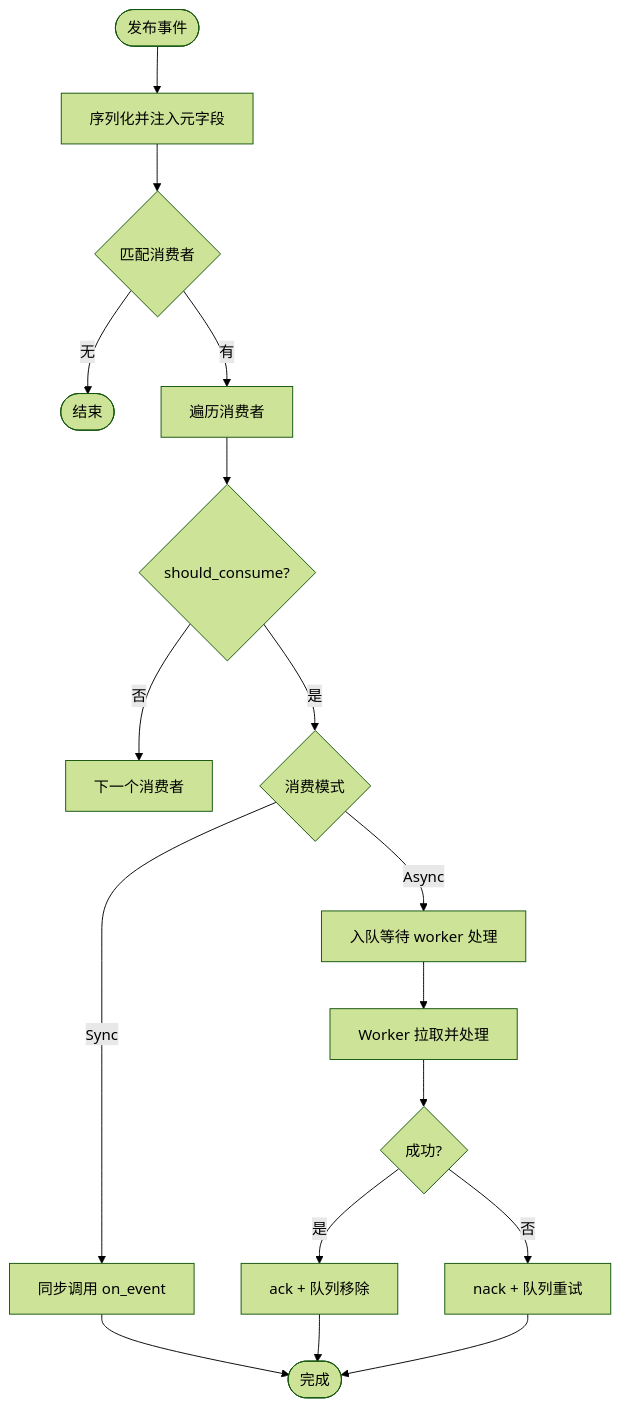
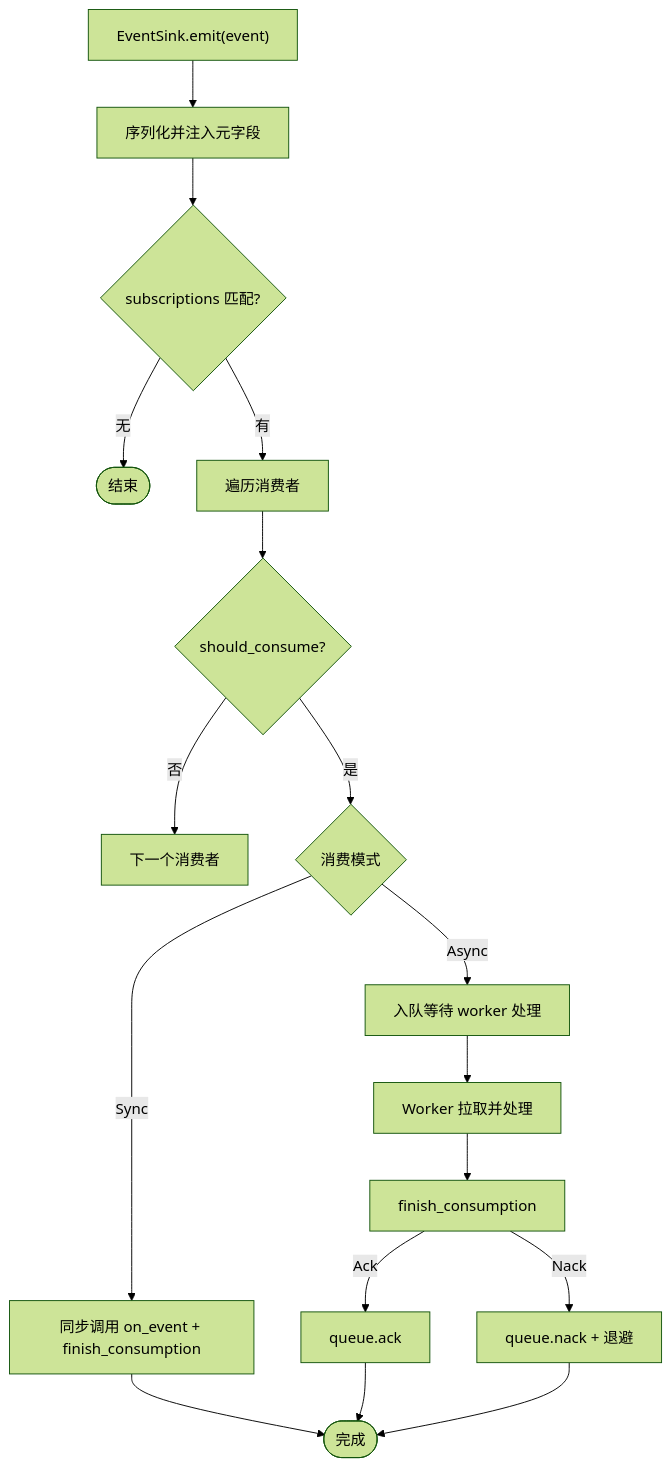
The fifth of 7 diagrams in docs/wiki/zh/content/基础设施/AOP 事件系统/AOP 核心架构/生产者消费者模式.md (runningcoders/ai_orz), drawn with Mermaid (forest theme) before and after one commit. The commit also changed other lines of this file and 37 other files, not shown here.

````diff
--- a/docs/wiki/zh/content/基础设施/AOP 事件系统/AOP 核心架构/生产者消费者模式.md
+++ b/docs/wiki/zh/content/基础设施/AOP 事件系统/AOP 核心架构/生产者消费者模式.md
@@ -212,19 +246,19 @@
 ```mermaid
-flowchart TD
-Start(["发布事件"]) --> Serialize["序列化并注入元字段"]
-Serialize --> Match{"匹配消费者"}
+graph TB
+Start["EventSink.emit(event)"] --> Serialize["序列化并注入元字段"]
+Serialize --> Match{"subscriptions 匹配?"}
 Match --> |无| End(["结束"])
 Match --> |有| ForEach["遍历消费者"]
 ForEach --> Filter{"should_consume?"}
 Filter --> |否| Next["下一个消费者"]
 Filter --> |是| Mode{"消费模式"}
-Mode --> |Sync| SyncCall["同步调用 on_event"]
+Mode --> |Sync| SyncCall["同步调用 on_event + finish_consumption"]
 Mode --> |Async| Enq["入队等待 worker 处理"]
 SyncCall --> Done(["完成"])
 Enq --> Worker["Worker 拉取并处理"]
-Worker --> Ack{"成功?"}
-Ack --> |是| Remove["ack + 队列移除"]
-Ack --> |否| Retry["nack + 队列重试"]
+Worker --> Finish["finish_consumption"]
+Finish --> |Ack| Remove["queue.ack"]
+Finish --> |Nack| Retry["queue.nack + 退避"]
 Remove --> Done
 Retry --> Done
 ```
````
